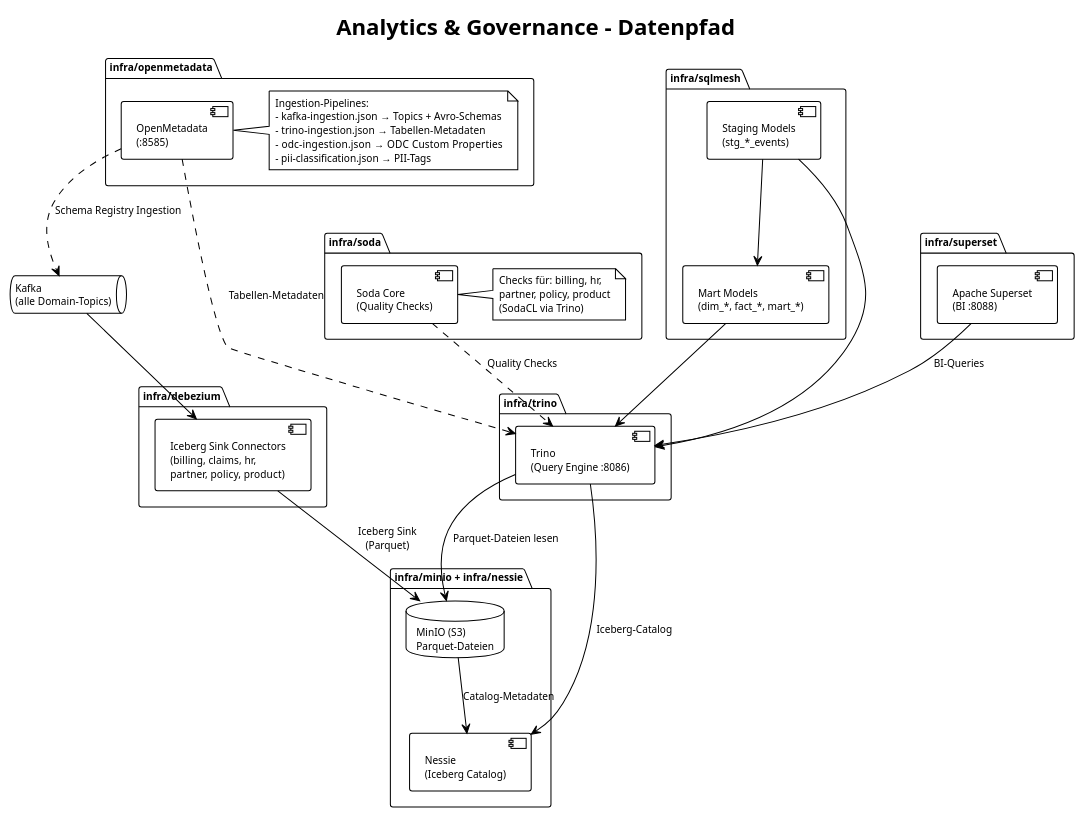
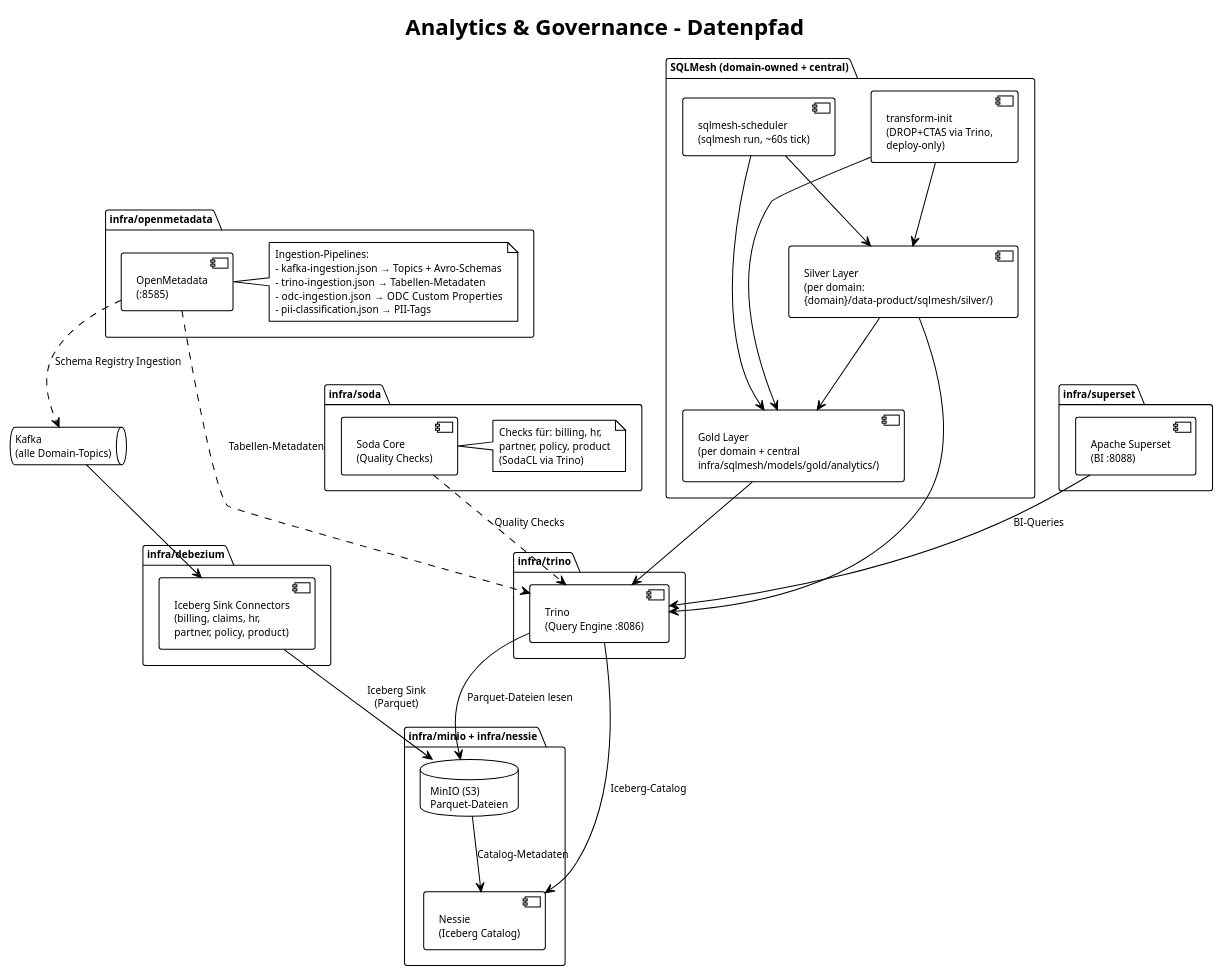
Diagram 14 of 16 in specs/arc42.md (LukasW/datamesh), drawn with PlantUML before and after one commit. The commit also changed other lines of this file and 26 other files, not shown here.

First line of the commit message:
docs(specs): add ADR catalog and align arc42 with silver/gold pipeline

````diff
--- a/specs/arc42.md
+++ b/specs/arc42.md
@@ -1062,69 +1085,75 @@
 ```plantuml
 @startuml analytics-platform
 !theme plain
 skinparam defaultFontSize 10
 
 title Analytics & Governance – Datenpfad
 
 queue "Kafka\n(alle Domain-Topics)" as KAFKA
 
 package "infra/debezium" {
   component "Iceberg Sink Connectors\n(billing, claims, hr,\npartner, policy, product)" as SINK
 }
 
 package "infra/minio + infra/nessie" {
   database "MinIO (S3)\nParquet-Dateien" as MINIO
   component "Nessie\n(Iceberg Catalog)" as NESSIE
   MINIO --> NESSIE : Catalog-Metadaten
 }
 
 package "infra/trino" {
   component "Trino\n(Query Engine :8086)" as TRINO
   TRINO --> NESSIE : Iceberg-Catalog
   TRINO --> MINIO : Parquet-Dateien lesen
 }
 
-package "infra/sqlmesh" {
-  component "Staging Models\n(stg_*_events)" as STG
-  component "Mart Models\n(dim_*, fact_*, mart_*)" as MART
-  STG --> MART
-  STG --> TRINO
-  MART --> TRINO
+package "SQLMesh (domain-owned + central)" {
+  component "transform-init\n(DROP+CTAS via Trino,\ndeploy-only)" as XFINIT
+  component "sqlmesh-scheduler\n(sqlmesh run, ~60s tick)" as SCHED
+  component "Silver Layer\n(per domain:\n{domain}/data-product/sqlmesh/silver/)" as SILVER
+  component "Gold Layer\n(per domain + central\ninfra/sqlmesh/models/gold/analytics/)" as GOLD
+  XFINIT --> SILVER
+  XFINIT --> GOLD
+  SCHED --> SILVER
+  SCHED --> GOLD
+  SILVER --> GOLD
+  SILVER --> TRINO
+  GOLD --> TRINO
 }
 
 package "infra/superset" {
   component "Apache Superset\n(BI :8088)" as SUPERSET
 }
 
 package "infra/openmetadata" {
   component "OpenMetadata\n(:8585)" as OMD
   note right of OMD
     Ingestion-Pipelines:
     - kafka-ingestion.json  → Topics + Avro-Schemas
     - trino-ingestion.json  → Tabellen-Metadaten
     - odc-ingestion.json    → ODC Custom Properties
     - pii-classification.json → PII-Tags
   end note
 }
 
 package "infra/soda" {
   component "Soda Core\n(Quality Checks)" as SODA
   note right of SODA
     Checks für: billing, hr,
     partner, policy, product
     (SodaCL via Trino)
   end note
 }
 
 KAFKA --> SINK
 SINK --> MINIO : Iceberg Sink\n(Parquet)
 
 SUPERSET --> TRINO : BI-Queries
 
 OMD ..> KAFKA : Schema Registry Ingestion
 OMD ..> TRINO : Tabellen-Metadaten
 
 SODA ..> TRINO : Quality Checks
 
 @enduml
 ```
````
